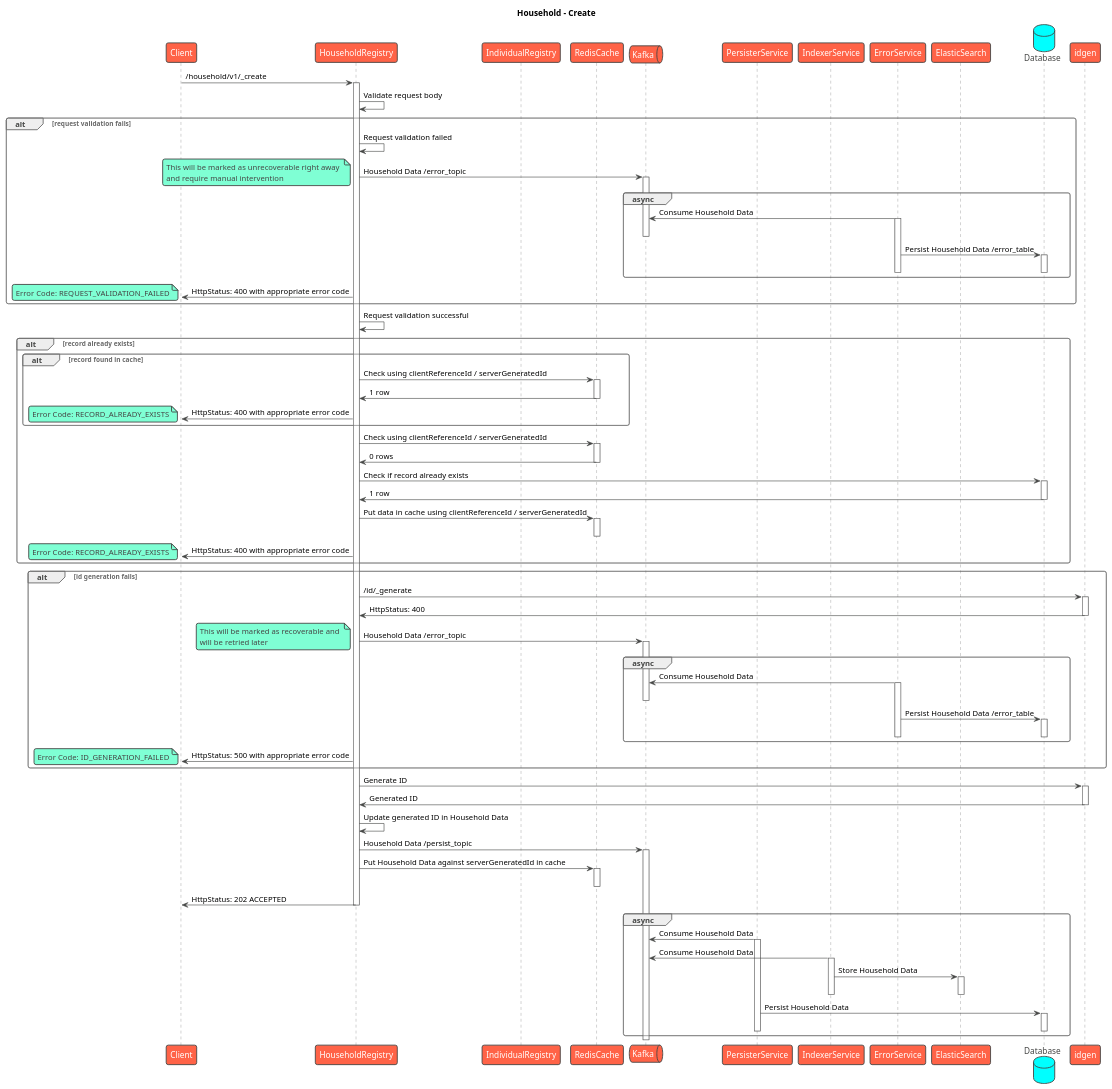
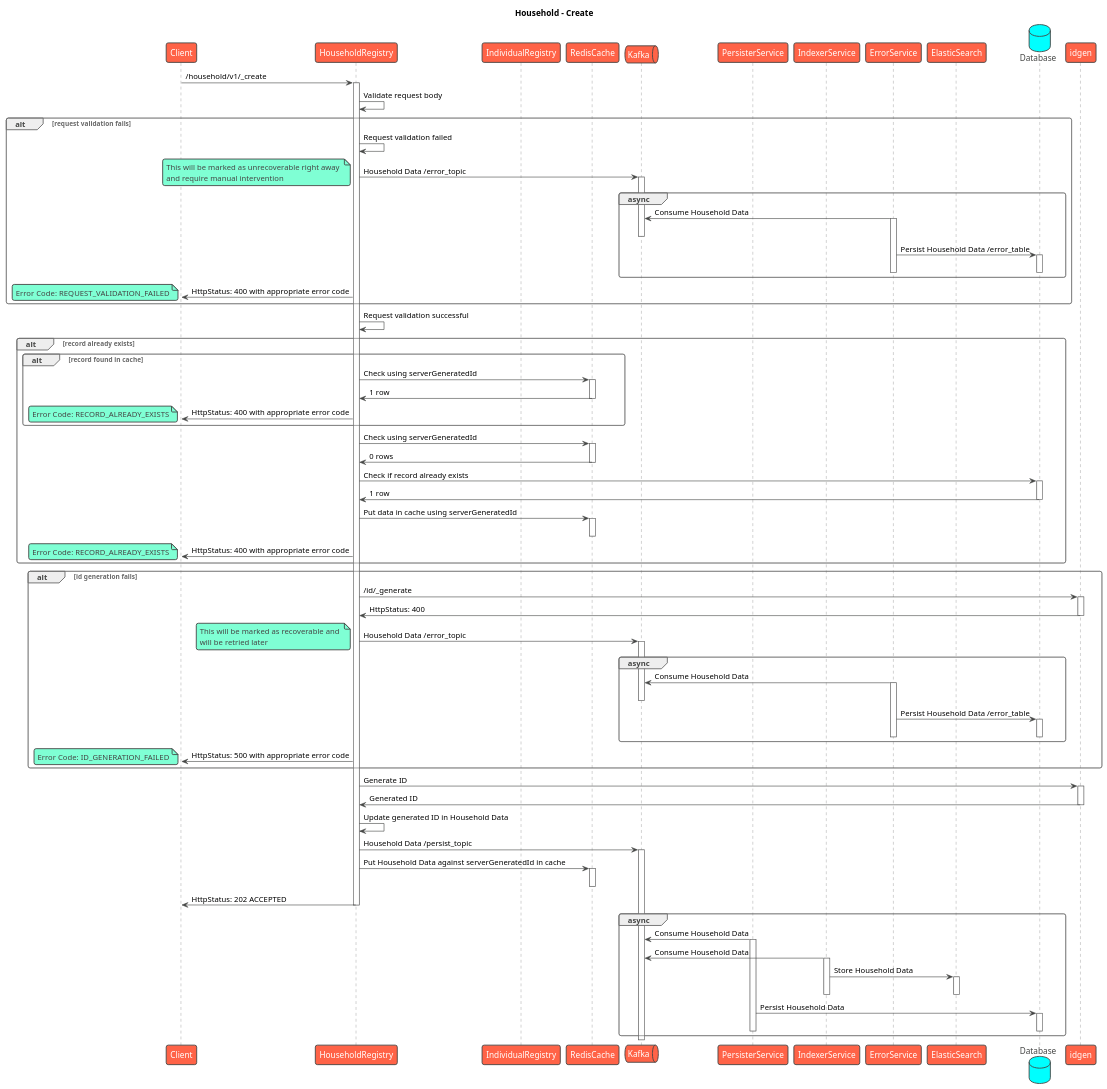
Before and after one commit to egovernments/health-api-specs: the diagram in contracts/registries/household/sequence/create.puml, drawn with PlantUML. The commit also changed 1 other file, not shown here.

Commit message:
Sequence: Removed clientReferenceId
- Client will now pick up server generatedId from the response

```diff
--- a/contracts/registries/household/sequence/create.puml
+++ b/contracts/registries/household/sequence/create.puml
@@ -1,159 +1,159 @@
 @startuml
 title Household - Create
 !theme vibrant
 participant Client as c
 participant HouseholdRegistry as s
 participant IndividualRegistry as s2
 participant RedisCache as rc
 queue Kafka as k
 participant PersisterService as prs
 participant IndexerService as idx
 participant ErrorService as es
 participant ElasticSearch as el
 database Database as db
 c -> s : /household/v1/_create
 activate s
 s -> s: Validate request body
 alt request validation fails
     s -> s: Request validation failed
     s -> k: Household Data /error_topic
     note left
         This will be marked as unrecoverable right away 
         and require manual intervention
     end note
     activate k
     group async
         es -> k: Consume Household Data
         activate es
         deactivate k
         es -> db: Persist Household Data /error_table
         activate db
         deactivate db
         deactivate es
     end
     s -> c: HttpStatus: 400 with appropriate error code
     note left
         Error Code: REQUEST_VALIDATION_FAILED
     end note
 end
 s -> s: Request validation successful
 alt record already exists
     alt record found in cache
-      s -> rc: Check using clientReferenceId / serverGeneratedId
+      s -> rc: Check using serverGeneratedId
       activate rc
       rc -> s: 1 row
       deactivate rc
       s -> c: HttpStatus: 400 with appropriate error code
       note left
           Error Code: RECORD_ALREADY_EXISTS
       end note
     end
-    s -> rc: Check using clientReferenceId / serverGeneratedId
+    s -> rc: Check using serverGeneratedId
     activate rc
     rc -> s: 0 rows
     deactivate rc
     s -> db: Check if record already exists
     activate db
     db -> s: 1 row
     deactivate db
-    s -> rc: Put data in cache using clientReferenceId / serverGeneratedId
+    s -> rc: Put data in cache using serverGeneratedId
     activate rc
     deactivate rc
     s -> c: HttpStatus: 400 with appropriate error code
     note left
         Error Code: RECORD_ALREADY_EXISTS
     end note
 end
 'alt individual(s) don't exist [loop on all individualId(s) in request]
 '    s -> s2: /individual/v1/_search
 '    activate s2
 '    s2 -> s: 0 rows
 '    deactivate s2
 '    s -> k: Household Data /error_topic
 '    note left
 '        This will be marked as recoverable and will be
 '        retried later
 '    end note
 '    activate k
 '    group async
 '        es -> k: Consume Household Data
 '        activate es
 '        deactivate k
 '        es -> db: Persist Household Data /error_table
 '        activate db
 '        deactivate db
 '        deactivate es
 '    end
 '    s -> c: HttpStatus: 400 with appropriate error code
 '    note left
 '        Error Code: DEPENDENCY_ERROR
 '    end note
 'end
 's -> s2: /individual/v1/_search
 'activate s2
 's2 -> s: 1 row
 'deactivate s2
 's -> db: Get Individual/Household mapping using individual serverGeneratedId [loop on all individualId(s) in request]]
 'activate db
 'alt mapping record found
 '  db -> s: 1 row
 '  deactivate db
 '  s -> c: HttpStatus: 400 with appropriate error code
 '  note left
 '      Error Code: BAD_REQUEST
 '      Ensures that the individual is not already linked to a household
 '  end note
 'end
 alt id generation fails
     s -> idgen: /id/_generate
     activate idgen
     idgen -> s: HttpStatus: 400
     deactivate idgen
     s -> k: Household Data /error_topic
     note left
         This will be marked as recoverable and 
         will be retried later
     end note
     activate k
     group async
         es -> k: Consume Household Data
         activate es
         deactivate k
         es -> db: Persist Household Data /error_table
         activate db
         deactivate db
         deactivate es
     end
     s -> c: HttpStatus: 500 with appropriate error code
     note left
       Error Code: ID_GENERATION_FAILED
     end note
 end
 s -> idgen: Generate ID
 activate idgen
 idgen -> s: Generated ID
 deactivate idgen
 s -> s: Update generated ID in Household Data
 s -> k: Household Data /persist_topic
 activate k
 s -> rc: Put Household Data against serverGeneratedId in cache
 activate rc
 deactivate rc
 s -> c: HttpStatus: 202 ACCEPTED
 deactivate s
 group async
     prs -> k: Consume Household Data
     activate prs
     idx -> k: Consume Household Data
     activate idx
     idx -> el: Store Household Data
     activate el
     deactivate el
     deactivate idx
     prs -> db: Persist Household Data
     activate db
     deactivate db
     deactivate prs
 end
 deactivate k
 @enduml
```
